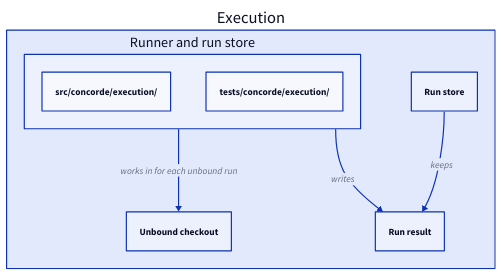
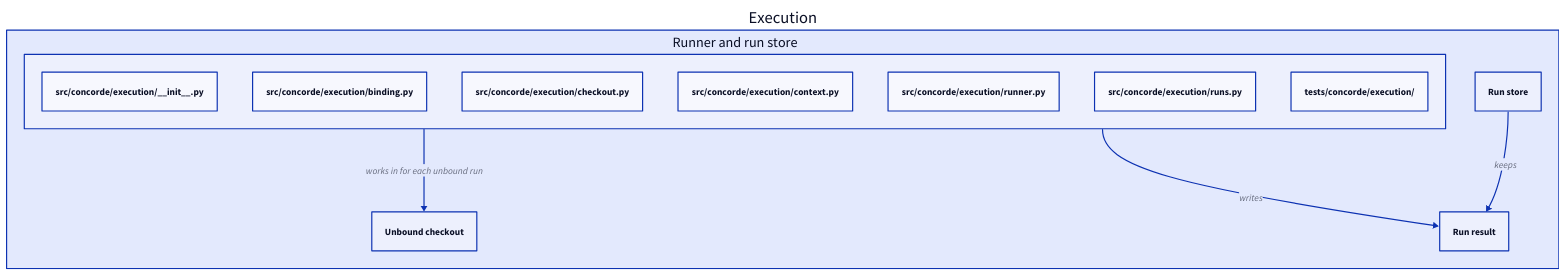
The fourth of 4 diagrams in specs/concorde/execution/module.md (FTOD/concorde), drawn with D2 before and after one commit. The commit also changed other lines of this file and 224 other files, not shown here.

````diff
--- a/specs/concorde/execution/module.md
+++ b/specs/concorde/execution/module.md
@@ -430,14 +430,19 @@
 ```d2
 execution: Execution {
   runner: Runner and run store {
-    "src/concorde/execution/"
+    "src/concorde/execution/__init__.py"
+    "src/concorde/execution/binding.py"
+    "src/concorde/execution/checkout.py"
+    "src/concorde/execution/context.py"
+    "src/concorde/execution/runner.py"
+    "src/concorde/execution/runs.py"
     "tests/concorde/execution/"
   }
   result: Run result
   store: Run store
   checkout: Unbound checkout
   runner -> checkout: works in for each unbound run
   runner -> result: writes
   store -> result: keeps
 }
 ```
````
